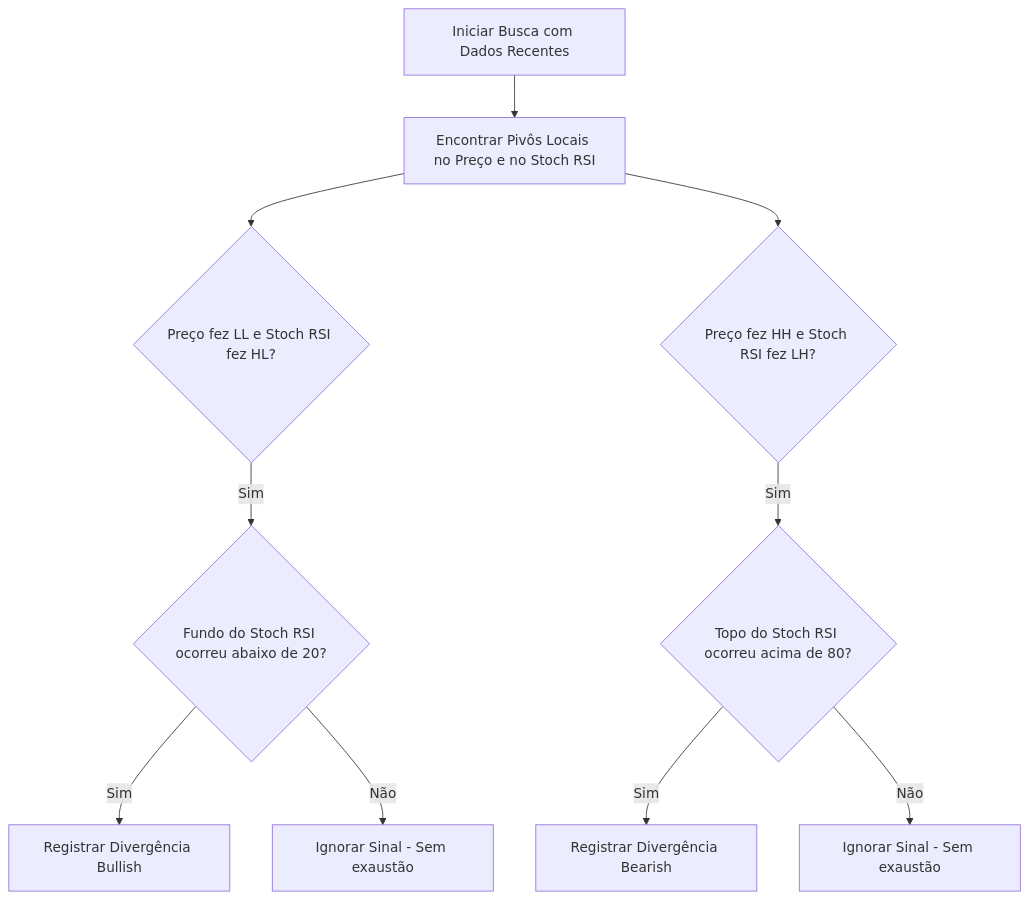
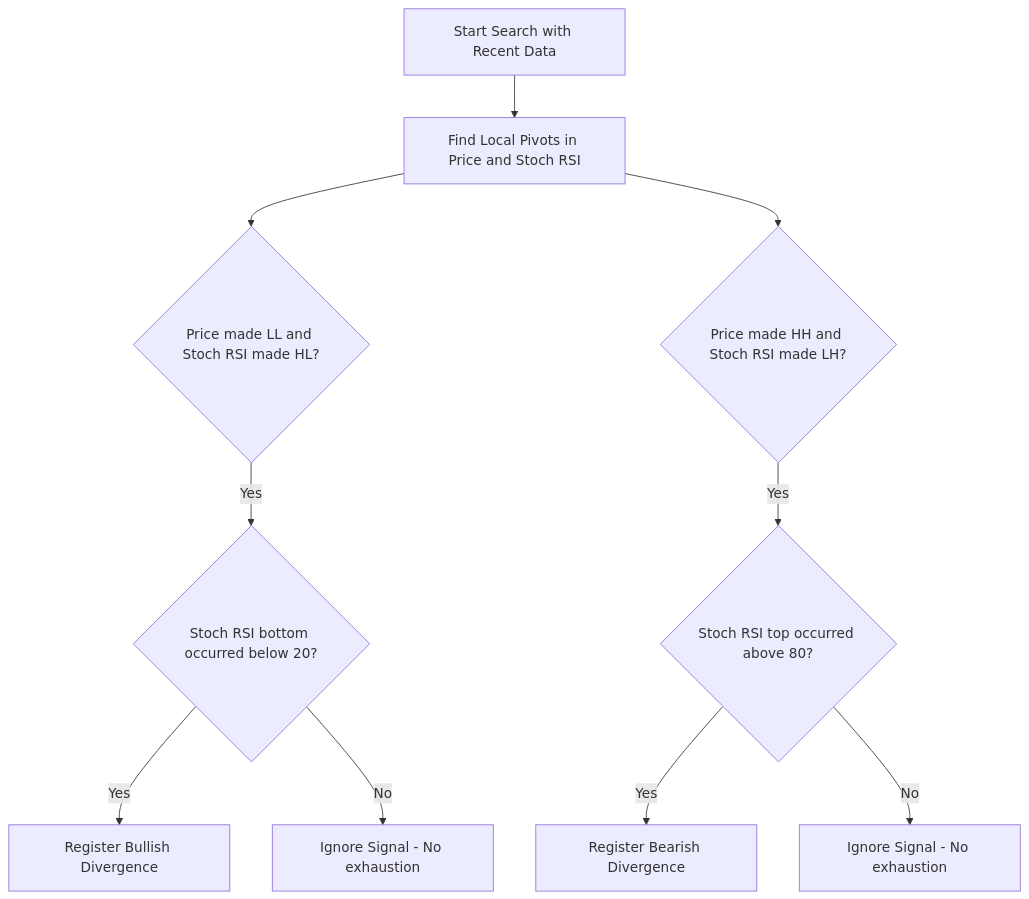
One commit to andreporto/micro-financial-indicator changed the diagram in docs/3_deteccao_divergencias.md. Above: the diagram before and after it, drawn with Mermaid. The commit also changed other lines of this file and 15 other files, not shown here.

````diff
--- a/docs/3_deteccao_divergencias.md
+++ b/docs/3_deteccao_divergencias.md
@@ -26,14 +26,14 @@
 ```mermaid
 graph TD
-    Start[Iniciar Busca com Dados Recentes] --> FindPivots[Encontrar Pivôs Locais no Preço e no Stoch RSI]
-    FindPivots --> CheckBullish{Preço fez LL e Stoch RSI fez HL?}
-    FindPivots --> CheckBearish{Preço fez HH e Stoch RSI fez LH?}
+    Start[Start Search with Recent Data] --> FindPivots[Find Local Pivots in Price and Stoch RSI]
+    FindPivots --> CheckBullish{Price made LL and Stoch RSI made HL?}
+    FindPivots --> CheckBearish{Price made HH and Stoch RSI made LH?}
     
-    CheckBullish -->|Sim| VerifyBullishZone{Fundo do Stoch RSI ocorreu abaixo de 20?}
-    VerifyBullishZone -->|Sim| SignalBullish[Registrar Divergência Bullish]
-    VerifyBullishZone -->|Não| IgnoreBullish[Ignorar Sinal - Sem exaustão]
+    CheckBullish -->|Yes| VerifyBullishZone{Stoch RSI bottom occurred below 20?}
+    VerifyBullishZone -->|Yes| SignalBullish[Register Bullish Divergence]
+    VerifyBullishZone -->|No| IgnoreBullish[Ignore Signal - No exhaustion]
     
-    CheckBearish -->|Sim| VerifyBearishZone{Topo do Stoch RSI ocorreu acima de 80?}
-    VerifyBearishZone -->|Sim| SignalBearish[Registrar Divergência Bearish]
-    VerifyBearishZone -->|Não| IgnoreBearish[Ignorar Sinal - Sem exaustão]
+    CheckBearish -->|Yes| VerifyBearishZone{Stoch RSI top occurred above 80?}
+    VerifyBearishZone -->|Yes| SignalBearish[Register Bearish Divergence]
+    VerifyBearishZone -->|No| IgnoreBearish[Ignore Signal - No exhaustion]
 ```
````
